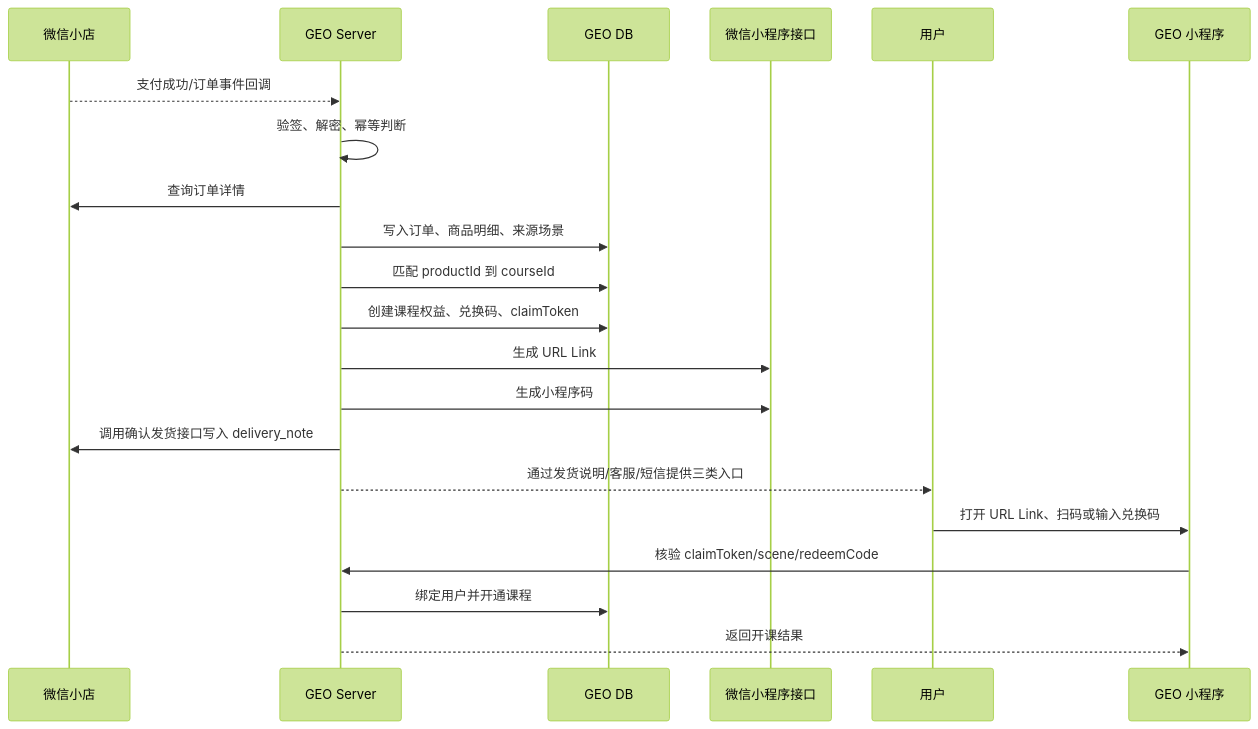
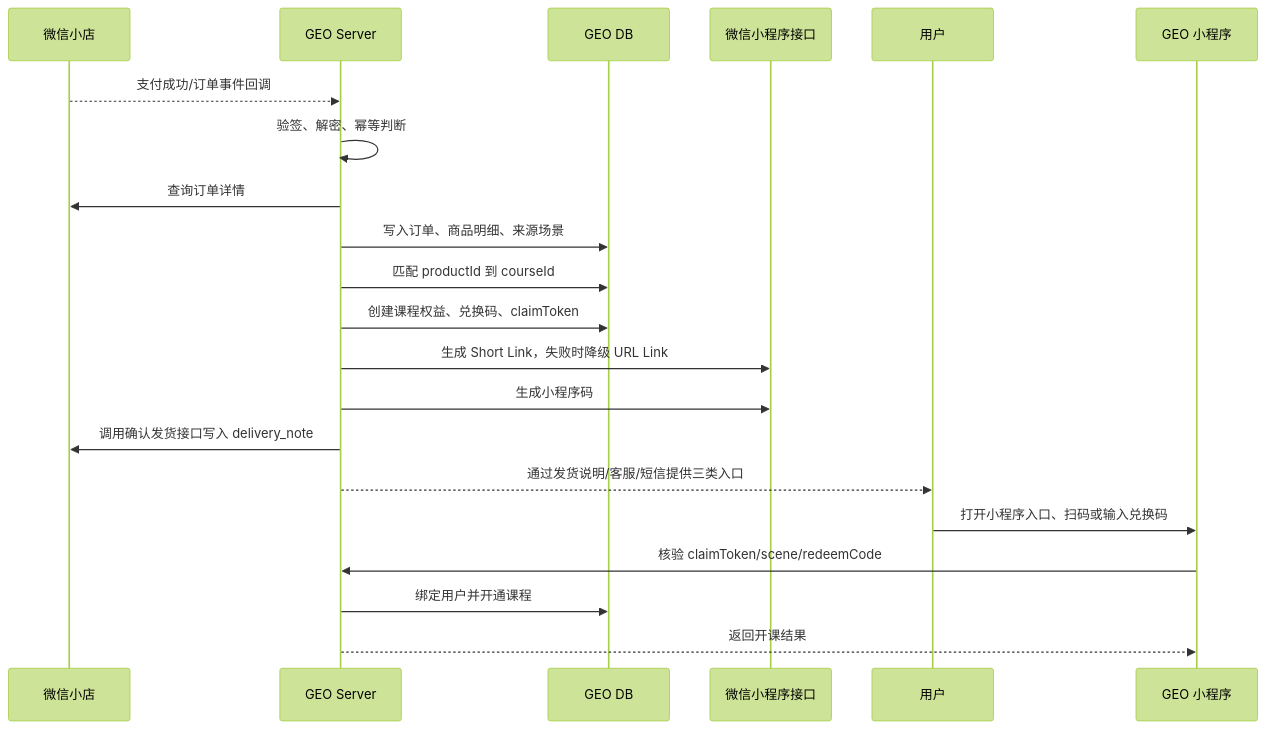
One commit to 51TYSmartsCN/weapp changed the first of 2 diagrams in docs/wechat-store-post-purchase-fulfillment.md. Above: the diagram before and after it, drawn with Mermaid (forest theme). The commit also changed other lines of this file and 10 other files, not shown here.

First line of the commit message:
refactor(wxshop): 购后履约优先使用 Short Link，重构发货链路

````diff
--- a/docs/wechat-store-post-purchase-fulfillment.md
+++ b/docs/wechat-store-post-purchase-fulfillment.md
@@ -32,24 +32,24 @@
 ```mermaid
 sequenceDiagram
   participant S as 微信小店
   participant API as GEO Server
   participant DB as GEO DB
   participant WX as 微信小程序接口
   participant U as 用户
   participant M as GEO 小程序
 
   S-->>API: 支付成功/订单事件回调
   API->>API: 验签、解密、幂等判断
   API->>S: 查询订单详情
   API->>DB: 写入订单、商品明细、来源场景
   API->>DB: 匹配 productId 到 courseId
   API->>DB: 创建课程权益、兑换码、claimToken
-  API->>WX: 生成 URL Link
+  API->>WX: 生成 Short Link，失败时降级 URL Link
   API->>WX: 生成小程序码
   API->>S: 调用确认发货接口写入 delivery_note
   API-->>U: 通过发货说明/客服/短信提供三类入口
-  U->>M: 打开 URL Link、扫码或输入兑换码
+  U->>M: 打开小程序入口、扫码或输入兑换码
   M->>API: 核验 claimToken/scene/redeemCode
   API->>DB: 绑定用户并开通课程
   API-->>M: 返回开课结果
 ```
````
